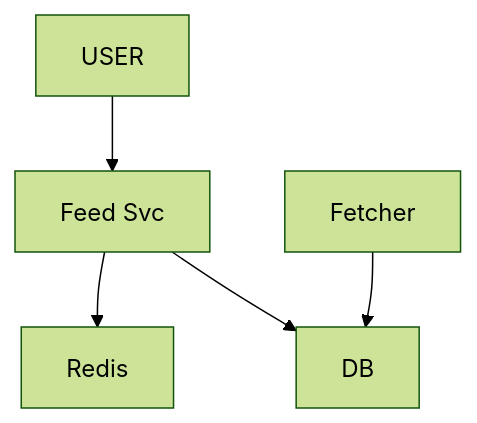
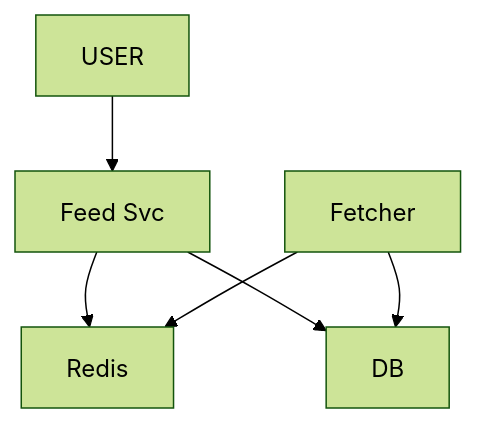
One commit to ArpanMaheshwari144/Prep changed the second of 12 diagrams in 04_HLD/SYSTEM_DESIGNS/08_news_aggregator/08_news_aggregator_INTERVIEW.md. Above: the diagram before and after it, drawn with Mermaid (forest theme). The commit also changed other lines of this file, not shown here.

Commit message:
news: cards rewritten by hand (no doubled HAL, Bloom as its own follow-up, fetcher writes the feed in card 1 diagram, leaderless wording)

````diff
--- a/04_HLD/SYSTEM_DESIGNS/08_news_aggregator/08_news_aggregator_INTERVIEW.md
+++ b/04_HLD/SYSTEM_DESIGNS/08_news_aggregator/08_news_aggregator_INTERVIEW.md
@@ -74,12 +70,13 @@
 ```mermaid
 flowchart TD
     n_USER["USER"]
     n_Feed_Svc["Feed Svc"]
     n_Redis["Redis"]
     n_DB["DB"]
     n_Fetcher["Fetcher"]
     n_USER --> n_Feed_Svc
     n_Feed_Svc --> n_Redis
     n_Feed_Svc --> n_DB
     n_Fetcher --> n_DB
+    n_Fetcher --> n_Redis
 ```
````
